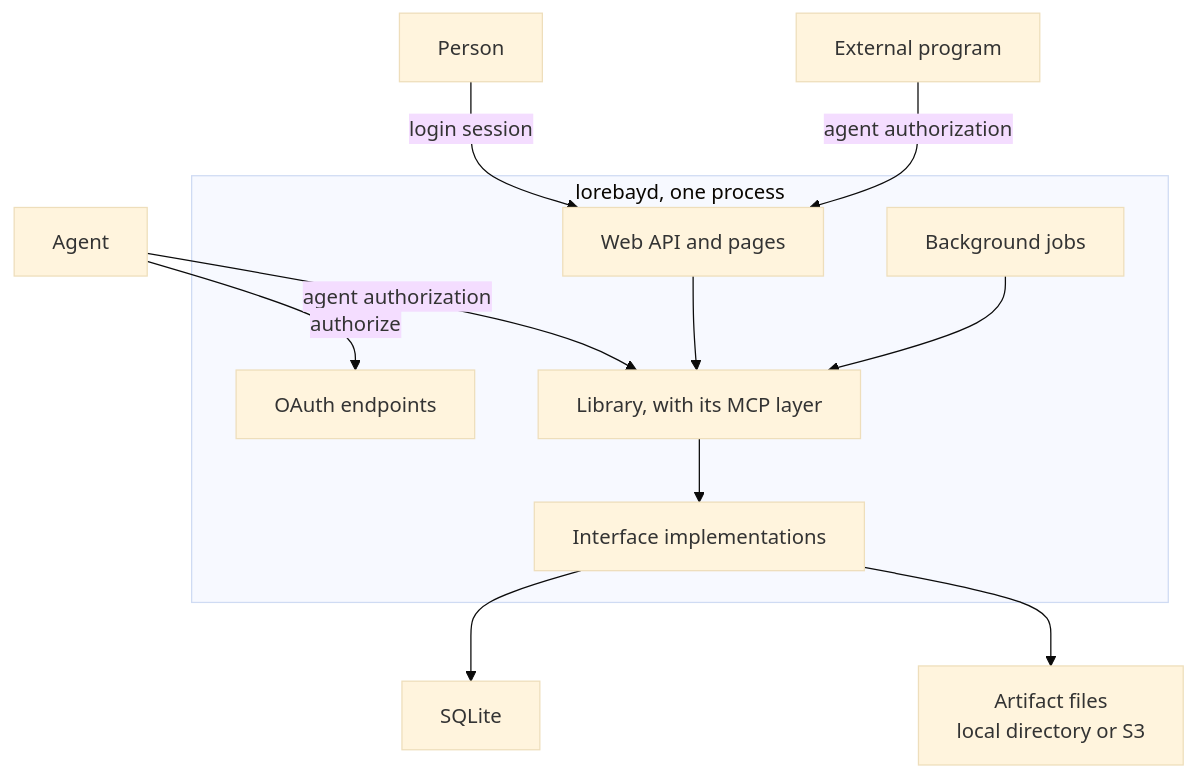
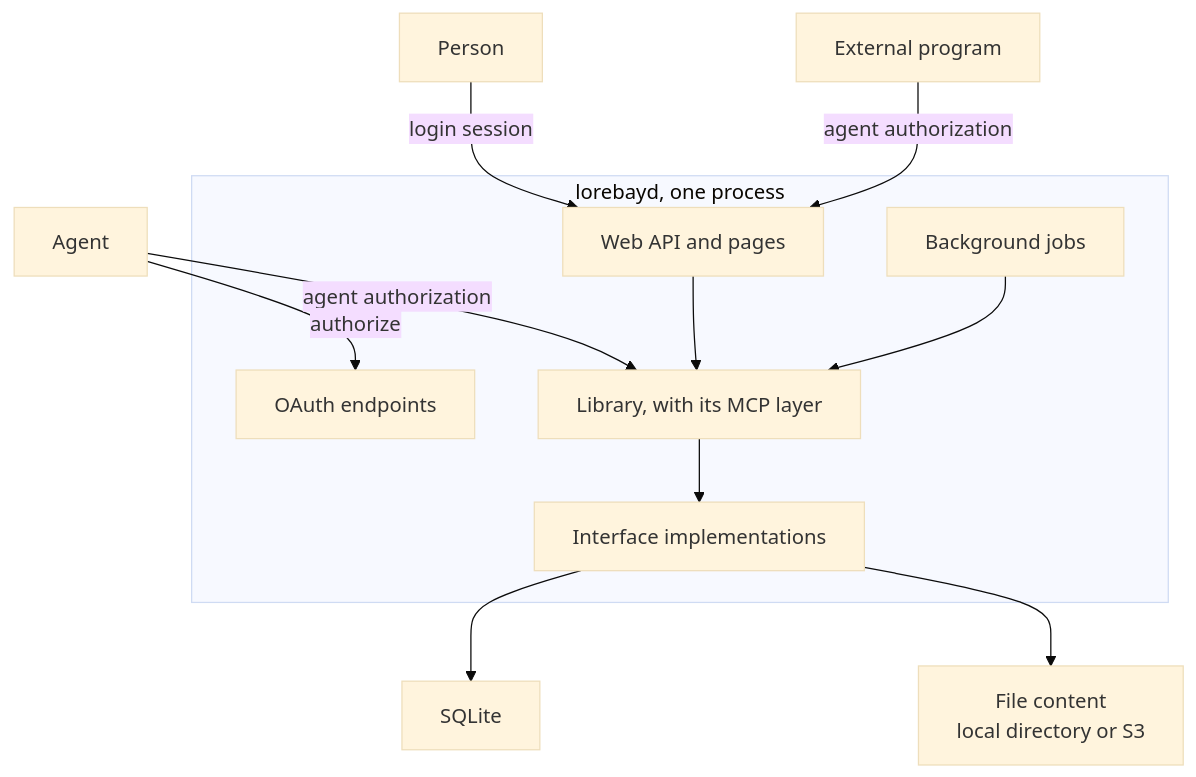
Before and after one commit to lorebayai/lorebay: the diagram in docs/architecture/system.md, drawn with Mermaid (base theme). The commit also changed other lines of this file and 88 other files, not shown here.

````diff
--- a/docs/architecture/system.md
+++ b/docs/architecture/system.md
@@ -33,24 +33,24 @@
 ```mermaid
 flowchart TD
     human["Person"]
     program["External program"]
     agent["Agent"]
     subgraph lorebayd["lorebayd, one process"]
         web["Web API and pages"]
         oauth["OAuth endpoints"]
         impls["Interface implementations"]
         jobs["Background jobs"]
         library["Library, with its MCP layer"]
     end
     sqlite["SQLite"]
-    store["Artifact files<br/>local directory or S3"]
+    store["File content<br/>local directory or S3"]
     human -- "login session" --> web
     program -- "agent authorization" --> web
     agent -- "agent authorization" --> library
     agent -- "authorize" --> oauth
     web --> library
     jobs --> library
     library --> impls
     impls --> sqlite
     impls --> store
 ```
````
